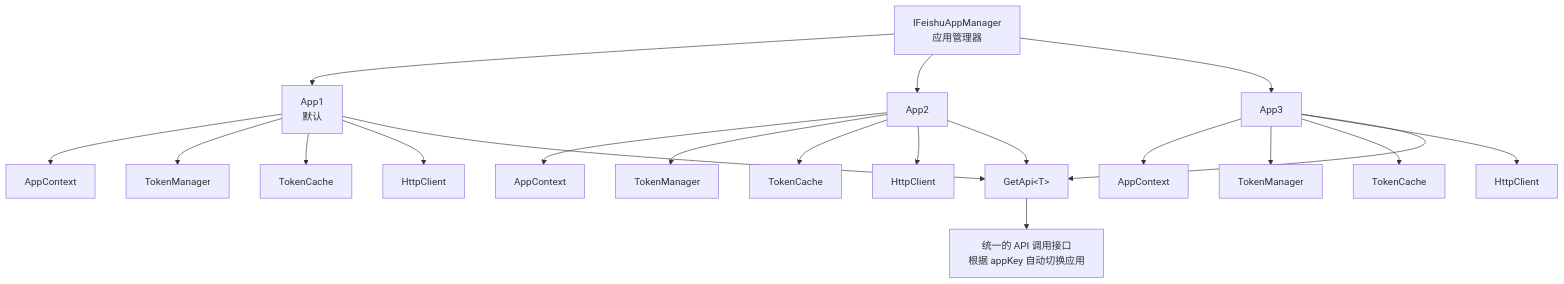
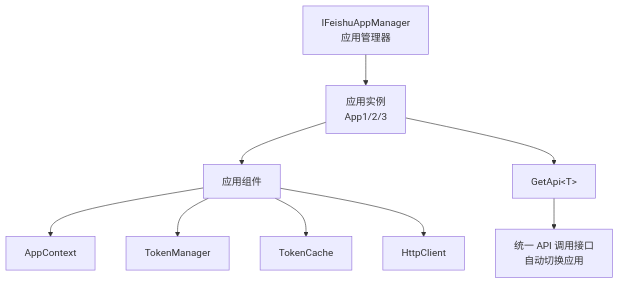
One commit to jackfiled/MudFeishu changed the third of 4 diagrams in Mud.Feishu.Abstractions/README.md. Above: the diagram before and after it, drawn with Mermaid. The commit also changed other lines of this file and 2 other files, not shown here.

````diff
--- a/Mud.Feishu.Abstractions/README.md
+++ b/Mud.Feishu.Abstractions/README.md
@@ -93,27 +96,13 @@
 ```mermaid
 graph TB
-    A[IFeishuAppManager<br/>应用管理器] --> B[App1<br/>默认]
-    A --> C[App2]
-    A --> D[App3]
+    A[IFeishuAppManager<br/>应用管理器] --> B[应用实例<br/>App1/2/3]
 
-    B --> B1[AppContext]
-    B --> B2[TokenManager]
-    B --> B3[TokenCache]
-    B --> B4[HttpClient]
-
+    B --> C[应用组件]
     C --> C1[AppContext]
     C --> C2[TokenManager]
     C --> C3[TokenCache]
     C --> C4[HttpClient]
 
-    D --> D1[AppContext]
-    D --> D2[TokenManager]
-    D --> D3[TokenCache]
-    D --> D4[HttpClient]
-
-    B --> E[GetApi&lt;T&gt;]
-    C --> E
-    D --> E
-
-    E --> F[统一的 API 调用接口<br/>根据 appKey 自动切换应用]
+    B --> D[GetApi&lt;T&gt;]
+    D --> E[统一 API 调用接口<br/>自动切换应用]
 ```
````
